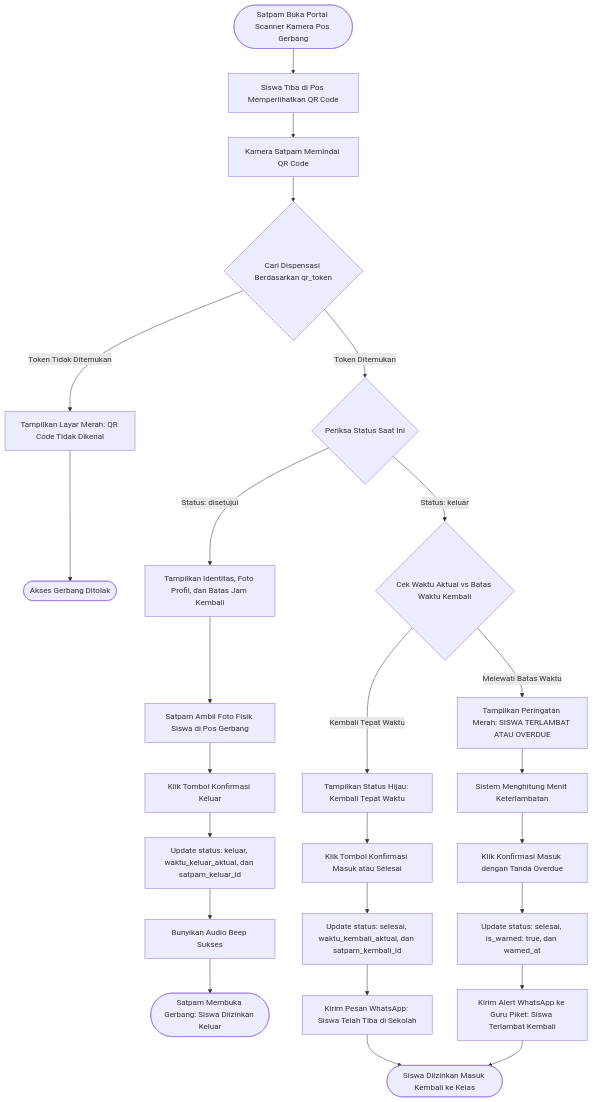
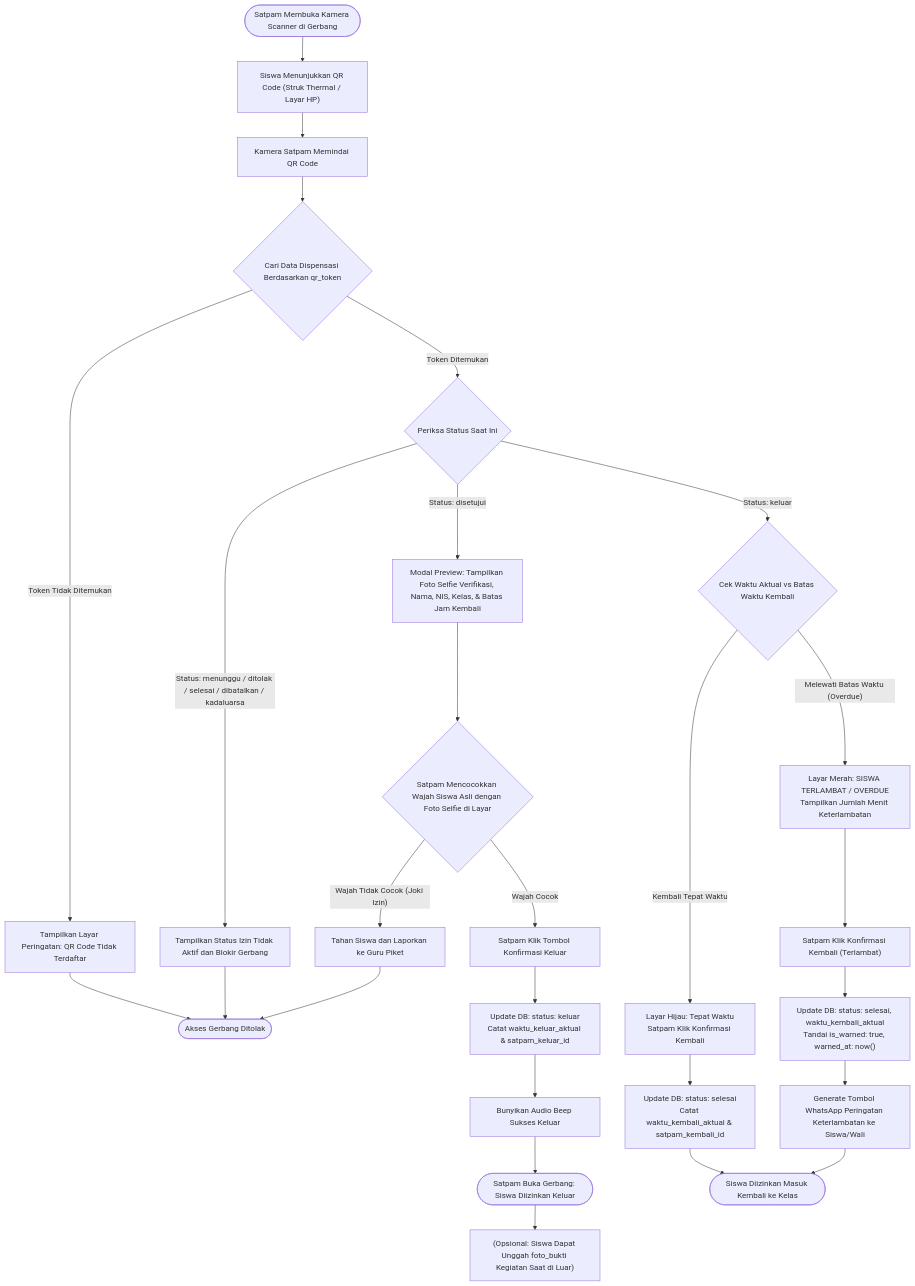
The fourth of 7 diagrams in FLOWCHART.MD (Zainal29/Didispen), drawn with Mermaid before and after one commit. The commit also changed other lines of this file and 3 other files, not shown here.

Commit message:
feat : perbarui README & FLOWCHART & ERD & SCRUM

````diff
--- a/FLOWCHART.MD
+++ b/FLOWCHART.MD
@@ -157,35 +171,41 @@
 ```mermaid
 flowchart TD
-    StartSatpam(["Satpam Buka Portal Scanner Kamera Pos Gerbang"]) --> SiswaArrive["Siswa Tiba di Pos Memperlihatkan QR Code"]
+    StartSatpam(["Satpam Membuka Kamera Scanner di Gerbang"]) --> SiswaArrive["Siswa Menunjukkan QR Code (Struk Thermal / Layar HP)"]
     SiswaArrive --> ScanQR["Kamera Satpam Memindai QR Code"]
-    ScanQR --> QueryToken{"Cari Dispensasi Berdasarkan qr_token"}
+    ScanQR --> QueryToken{"Cari Data Dispensasi Berdasarkan qr_token"}
     
-    QueryToken -- "Token Tidak Ditemukan" --> InvalidQR["Tampilkan Layar Merah: QR Code Tidak Dikenal"]
+    QueryToken -- "Token Tidak Ditemukan" --> InvalidQR["Tampilkan Layar Peringatan: QR Code Tidak Terdaftar"]
     InvalidQR --> EndGateFail(["Akses Gerbang Ditolak"])
 
     QueryToken -- "Token Ditemukan" --> CheckStatusCurrent{"Periksa Status Saat Ini"}
 
-    %% KONDISI 1: SISWA HENDAK KELUAR
-    CheckStatusCurrent -- "Status: disetujui" --> ShowValidOut["Tampilkan Identitas, Foto Profil, dan Batas Jam Kembali"]
-    ShowValidOut --> SnapPhoto["Satpam Ambil Foto Fisik Siswa di Pos Gerbang"]
-    SnapPhoto --> ClickConfirmOut["Klik Tombol Konfirmasi Keluar"]
-    ClickConfirmOut --> UpdateKeluar["Update status: keluar, waktu_keluar_aktual, dan satpam_keluar_id"]
-    UpdateKeluar --> PlayBeepOut["Bunyikan Audio Beep Sukses"]
-    PlayBeepOut --> AllowExit(["Satpam Membuka Gerbang: Siswa Diizinkan Keluar"])
+    %% KONDISI STATUS TIDAK DAPAT DIPROSES
+    CheckStatusCurrent -- "Status: menunggu / ditolak / selesai / dibatalkan / kadaluarsa" --> BlockAction["Tampilkan Status Izin Tidak Aktif dan Blokir Gerbang"]
+    BlockAction --> EndGateFail
 
-    %% KONDISI 2: SISWA KEMBALI KE SEKOLAH
+    %% KONDISI 1: SISWA KELUAR
+    CheckStatusCurrent -- "Status: disetujui" --> PreviewKeluar["Modal Preview: Tampilkan Foto Selfie Verifikasi, Nama, NIS, Kelas, & Batas Jam Kembali"]
+    PreviewKeluar --> VerifyFace{"Satpam Mencocokkan Wajah Siswa Asli dengan Foto Selfie di Layar"}
+    
+    VerifyFace -- "Wajah Tidak Cocok (Joki Izin)" --> RejectFace["Tahan Siswa dan Laporkan ke Guru Piket"]
+    RejectFace --> EndGateFail
+
+    VerifyFace -- "Wajah Cocok" --> ClickConfirmOut["Satpam Klik Tombol Konfirmasi Keluar"]
+    ClickConfirmOut --> UpdateKeluar["Update DB: status: keluar<br/>Catat waktu_keluar_aktual & satpam_keluar_id"]
+    UpdateKeluar --> PlayBeepOut["Bunyikan Audio Beep Sukses Keluar"]
+    PlayBeepOut --> AllowExit(["Satpam Buka Gerbang: Siswa Diizinkan Keluar"])
+    AllowExit --> SiswaUploadBukti["(Opsional: Siswa Dapat Unggah foto_bukti Kegiatan Saat di Luar)"]
+
+    %% KONDISI 2: SISWA KEMBALI
     CheckStatusCurrent -- "Status: keluar" --> EvaluateTime{"Cek Waktu Aktual vs Batas Waktu Kembali"}
     
-    EvaluateTime -- "Kembali Tepat Waktu" --> ShowOnTime["Tampilkan Status Hijau: Kembali Tepat Waktu"]
-    ShowOnTime --> ClickConfirmIn["Klik Tombol Konfirmasi Masuk atau Selesai"]
-    ClickConfirmIn --> UpdateSelesai["Update status: selesai, waktu_kembali_aktual, dan satpam_kembali_id"]
-    UpdateSelesai --> SendWAComplete["Kirim Pesan WhatsApp: Siswa Telah Tiba di Sekolah"]
-    SendWAComplete --> AllowEnter(["Siswa Diizinkan Masuk Kembali ke Kelas"])
+    EvaluateTime -- "Kembali Tepat Waktu" --> ShowOnTime["Layar Hijau: Tepat Waktu<br/>Satpam Klik Konfirmasi Kembali"]
+    ShowOnTime --> UpdateSelesai["Update DB: status: selesai<br/>Catat waktu_kembali_aktual & satpam_kembali_id"]
+    UpdateSelesai --> AllowEnter(["Siswa Diizinkan Masuk Kembali ke Kelas"])
 
-    EvaluateTime -- "Melewati Batas Waktu" --> ShowOverdue["Tampilkan Peringatan Merah: SISWA TERLAMBAT ATAU OVERDUE"]
-    ShowOverdue --> NoteOverdue["Sistem Menghitung Menit Keterlambatan"]
-    NoteOverdue --> ClickConfirmInOverdue["Klik Konfirmasi Masuk dengan Tanda Overdue"]
-    ClickConfirmInOverdue --> UpdateOverdue["Update status: selesai, is_warned: true, dan warned_at"]
-    UpdateOverdue --> SendWAOverdue["Kirim Alert WhatsApp ke Guru Piket: Siswa Terlambat Kembali"]
-    SendWAOverdue --> AllowEnter
+    EvaluateTime -- "Melewati Batas Waktu (Overdue)" --> ShowOverdue["Layar Merah: SISWA TERLAMBAT / OVERDUE<br/>Tampilkan Jumlah Menit Keterlambatan"]
+    ShowOverdue --> ConfirmOverdue["Satpam Klik Konfirmasi Kembali (Terlambat)"]
+    ConfirmOverdue --> UpdateOverdue["Update DB: status: selesai, waktu_kembali_aktual<br/>Tandai is_warned: true, warned_at: now()"]
+    UpdateOverdue --> LinkWAOverdue["Generate Tombol WhatsApp Peringatan Keterlambatan ke Siswa/Wali"]
+    LinkWAOverdue --> AllowEnter
 ```
````
